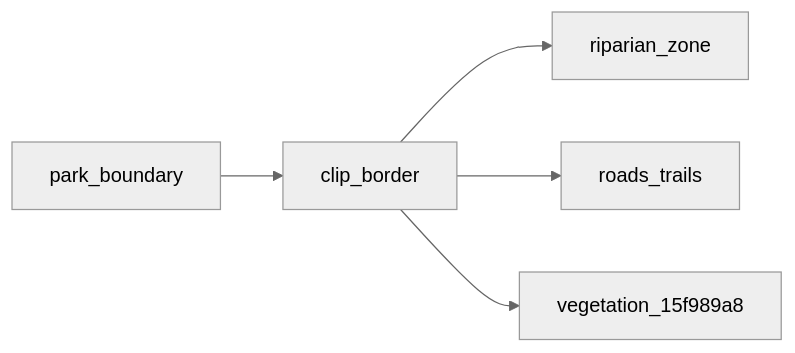
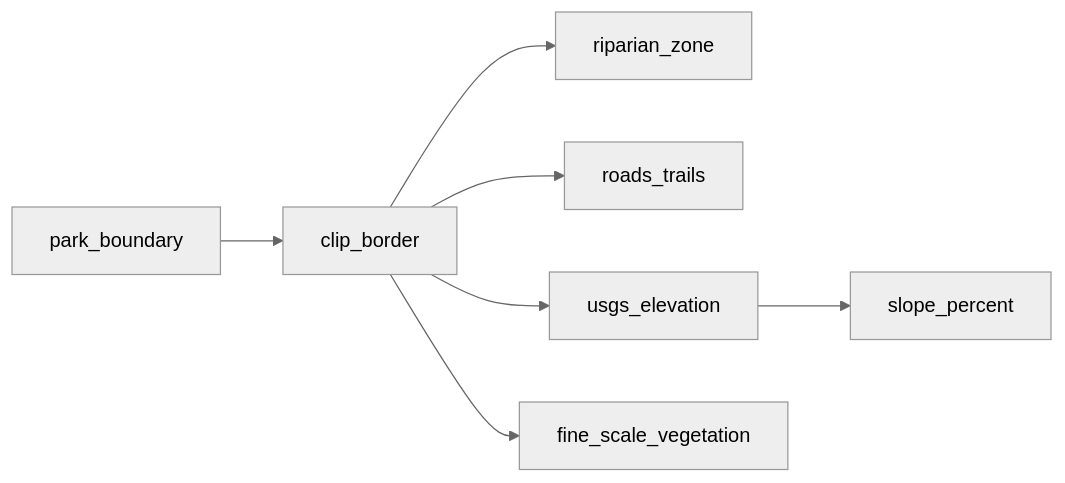
The diagram in projects/goats/README.md (kielni/alidade), drawn with Mermaid (neutral theme) before and after one commit. The commit also changed other lines of this file and 28 other files, not shown here.

````diff
--- a/projects/goats/README.md
+++ b/projects/goats/README.md
@@ -52,7 +64,9 @@
 ```mermaid
 flowchart LR
     park_boundary --> clip_border
     clip_border --> riparian_zone
     clip_border --> roads_trails
-    clip_border --> vegetation_15f989a8
+    usgs_elevation --> slope_percent
+    clip_border --> usgs_elevation
+    clip_border --> fine_scale_vegetation
 ```
````
